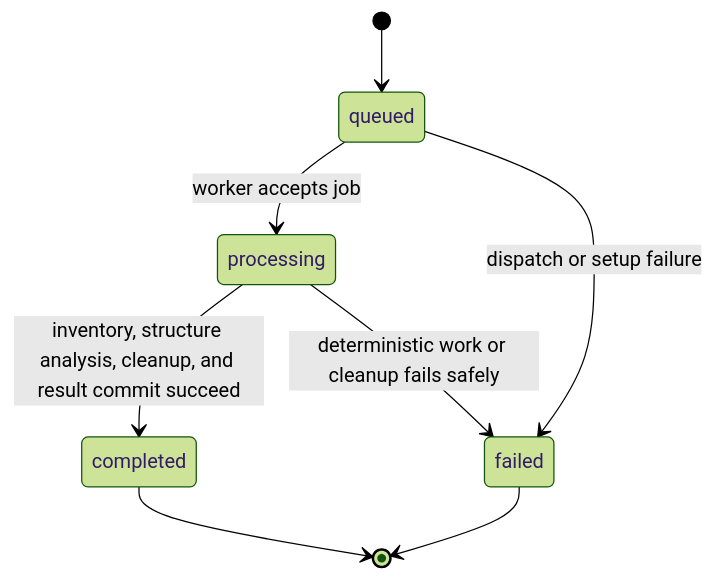
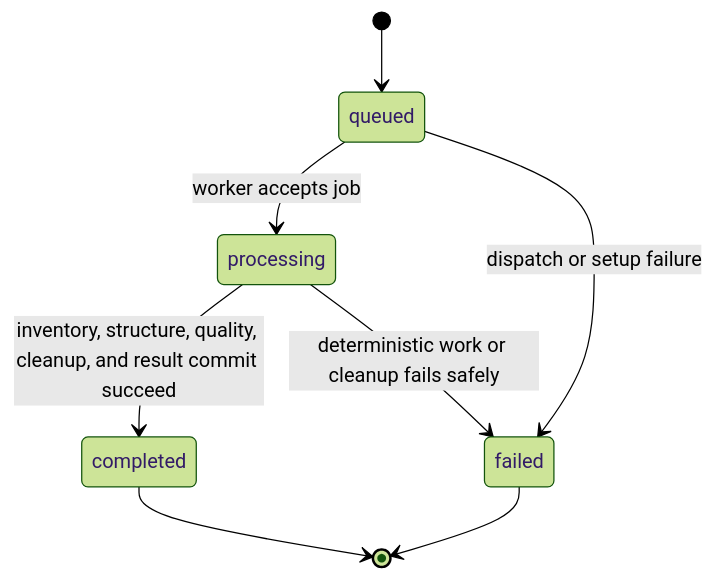
Before and after one commit to vedatbulucular/repolens: the second of 3 diagrams in docs/architecture.md, drawn with Mermaid (forest theme). The commit also changed other lines of this file and 27 other files, not shown here.

````diff
--- a/docs/architecture.md
+++ b/docs/architecture.md
@@ -65,10 +66,10 @@
 ```mermaid
 stateDiagram-v2
     [*] --> queued
     queued --> processing: worker accepts job
     queued --> failed: dispatch or setup failure
-    processing --> completed: inventory, structure analysis, cleanup, and result commit succeed
+    processing --> completed: inventory, structure, quality, cleanup, and result commit succeed
     processing --> failed: deterministic work or cleanup fails safely
     completed --> [*]
     failed --> [*]
 ```
````
